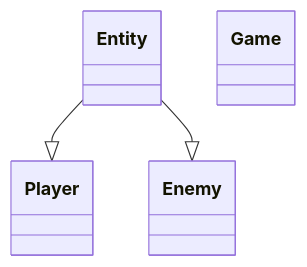
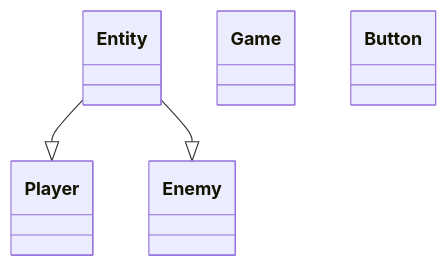
Before and after one commit to mikic202/Bomberman_Game: the third of 4 diagrams in Bomberman/README.md, drawn with Mermaid.

````diff
--- a/Bomberman/README.md
+++ b/Bomberman/README.md
@@ -41,6 +41,7 @@
 ```mermaid
 classDiagram
 Entity--|>Player
 Entity--|>Enemy
 class Game
+class Button
 ```
````
